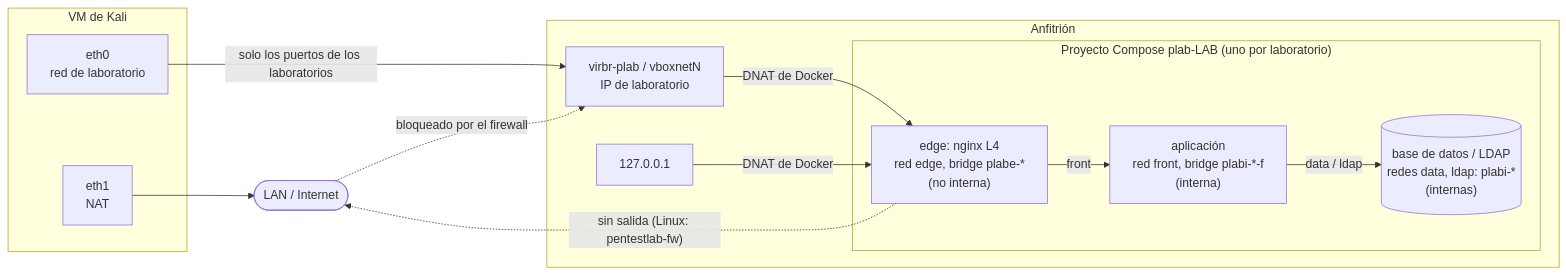
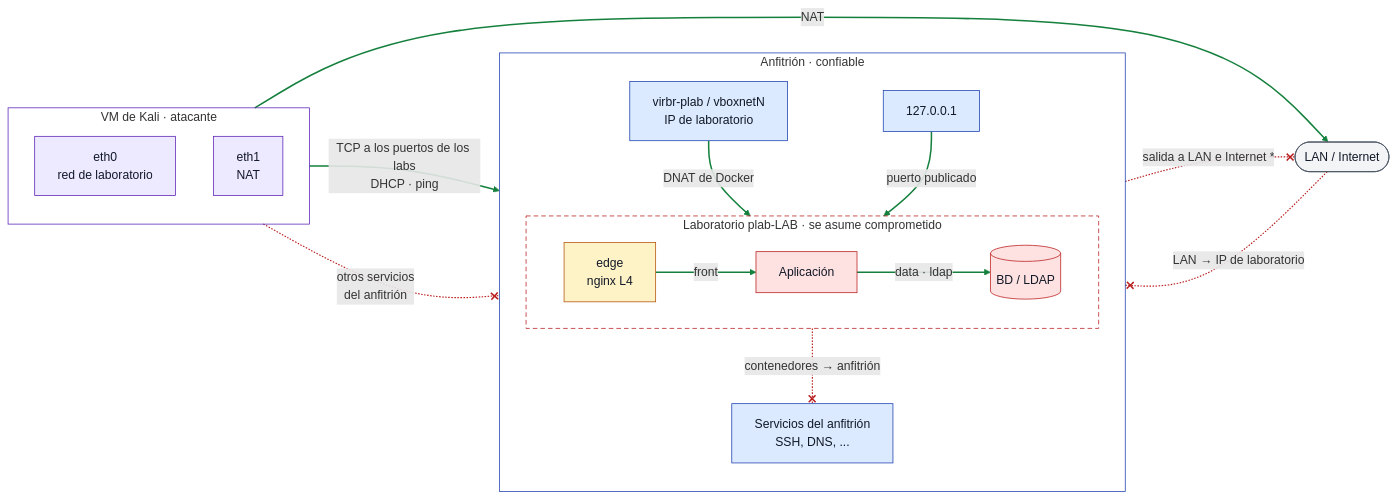
The third of 6 diagrams in docs/architecture/README.md (Hacker-Factory-CTF-Team/Web-Workshop), drawn with Mermaid before and after one commit. The commit also changed other lines of this file and 7 other files, not shown here.

Commit message:
arreglos en los diagramas

````diff
--- a/docs/architecture/README.md
+++ b/docs/architecture/README.md
@@ -76,26 +143,49 @@
 ```mermaid
 flowchart LR
-    NET(["LAN / Internet"])
-    subgraph VM["VM de Kali"]
-        ETH0["eth0<br/>red de laboratorio"]
-        ETH1["eth1<br/>NAT"]
+    NET(["LAN / Internet"]):::ext
+    subgraph KALI["VM de Kali · atacante"]
+        direction TB
+        K0["eth0<br/>red de laboratorio"]:::kali
+        K1["eth1<br/>NAT"]:::kali
     end
-    subgraph HOST["Anfitrión"]
-        LABIF["virbr-plab / vboxnetN<br/>IP de laboratorio"]
-        LO["127.0.0.1"]
-        subgraph PRJ["Proyecto Compose plab-LAB (uno por laboratorio)"]
-            EDGE["edge: nginx L4<br/>red edge, bridge plabe-*<br/>(no interna)"]
-            APP["aplicación<br/>red front, bridge plabi-*-f<br/>(interna)"]
-            AUX[("base de datos / LDAP<br/>redes data, ldap: plabi-*<br/>(internas)")]
+    subgraph HOST["Anfitrión · confiable"]
+        direction TB
+        LIP["virbr-plab / vboxnetN<br/>IP de laboratorio"]:::host
+        LO["127.0.0.1"]:::host
+        SVC["Servicios del anfitrión<br/>SSH, DNS, ..."]:::host
+        subgraph LAB["Laboratorio plab-LAB · se asume comprometido"]
+            direction LR
+            EDGE["edge<br/>nginx L4"]:::edge
+            APP["Aplicación"]:::vuln
+            AUX[("BD / LDAP")]:::vuln
         end
     end
 
-    ETH0 -- "solo los puertos de los laboratorios" --> LABIF
-    LABIF -- "DNAT de Docker" --> EDGE
-    LO -- "DNAT de Docker" --> EDGE
-    EDGE -- "front" --> APP
-    APP -- "data / ldap" --> AUX
-    ETH1 --> NET
-    NET -. "bloqueado por el firewall" .-> LABIF
-    EDGE -. "sin salida (Linux: pentestlab-fw)" .-> NET
+    K0 -- "TCP a los puertos de los labs<br/>DHCP · ping" --> LIP
+    LIP -- "DNAT de Docker" --> EDGE
+    LO -- "puerto publicado" --> EDGE
+    EDGE -- front --> APP
+    APP -- "data · ldap" --> AUX
+    K1 -- NAT --> NET
+
+    NET -. "LAN → IP de laboratorio" .-x LIP
+    K0 -. "otros servicios<br/>del anfitrión" .-x SVC
+    LAB -. "contenedores → anfitrión" .-x SVC
+    LAB -. "salida a LAN e Internet *" .-x NET
+
+    classDef kali fill:#ede9fe,stroke:#5b21b6,color:#111827
+    classDef mgr fill:#dbeafe,stroke:#1e40af,color:#111827
+    classDef host fill:#dbeafe,stroke:#1e40af,color:#111827
+    classDef cfg fill:#e0f2fe,stroke:#0369a1,color:#111827
+    classDef gen fill:#f8fafc,stroke:#64748b,stroke-dasharray:4 3,color:#111827
+    classDef fw fill:#dcfce7,stroke:#166534,color:#111827
+    classDef edge fill:#fef3c7,stroke:#b45309,color:#111827
+    classDef vuln fill:#fee2e2,stroke:#b91c1c,color:#111827
+    classDef net fill:#fff7ed,stroke:#c2410c,color:#111827
+    classDef ext fill:#f3f4f6,stroke:#4b5563,color:#111827
+    linkStyle 0,1,2,3,4,5 stroke:#15803d,stroke-width:2px
+    linkStyle 6,7,8,9 stroke:#b91c1c,stroke-width:1.5px
+    style KALI fill:none,stroke:#5b21b6
+    style HOST fill:none,stroke:#1e40af
+    style LAB fill:none,stroke:#b91c1c,stroke-dasharray:6 4
 ```
````
